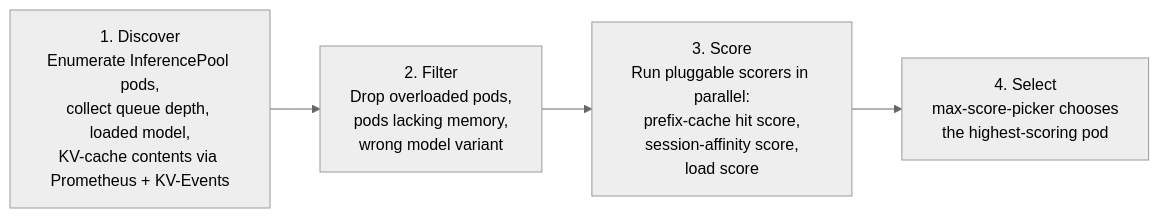
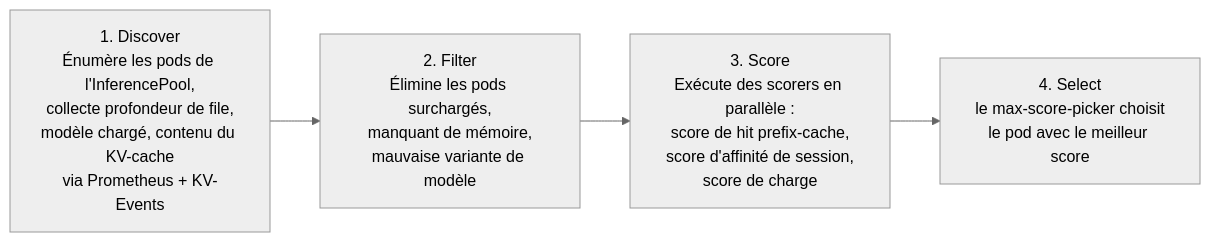
The fifth of 26 diagrams in docs/explain/llm-d.md (ADORSYS-GIS/Custom-Ai-Ops), drawn with Mermaid (neutral theme) before and after one commit. The commit also changed other lines of this file and 39 other files, not shown here.

````diff
--- a/docs/explain/llm-d.md
+++ b/docs/explain/llm-d.md
@@ -143,6 +194,6 @@
 ```mermaid
 flowchart LR
-    A[1. Discover<br/>Enumerate InferencePool pods,<br/>collect queue depth, loaded model,<br/>KV-cache contents via Prometheus + KV-Events] --> B[2. Filter<br/>Drop overloaded pods,<br/>pods lacking memory,<br/>wrong model variant]
-    B --> C[3. Score<br/>Run pluggable scorers in parallel:<br/>prefix-cache hit score,<br/>session-affinity score,<br/>load score]
-    C --> D[4. Select<br/>max-score-picker chooses<br/>the highest-scoring pod]
+    A["1. Discover<br/>Énumère les pods de l'InferencePool,<br/>collecte profondeur de file,<br/>modèle chargé, contenu du KV-cache<br/>via Prometheus + KV-Events"] --> B["2. Filter<br/>Élimine les pods surchargés,<br/>manquant de mémoire,<br/>mauvaise variante de modèle"]
+    B --> C["3. Score<br/>Exécute des scorers en parallèle :<br/>score de hit prefix-cache,<br/>score d'affinité de session,<br/>score de charge"]
+    C --> D["4. Select<br/>le max-score-picker choisit<br/>le pod avec le meilleur score"]
 ```
````
